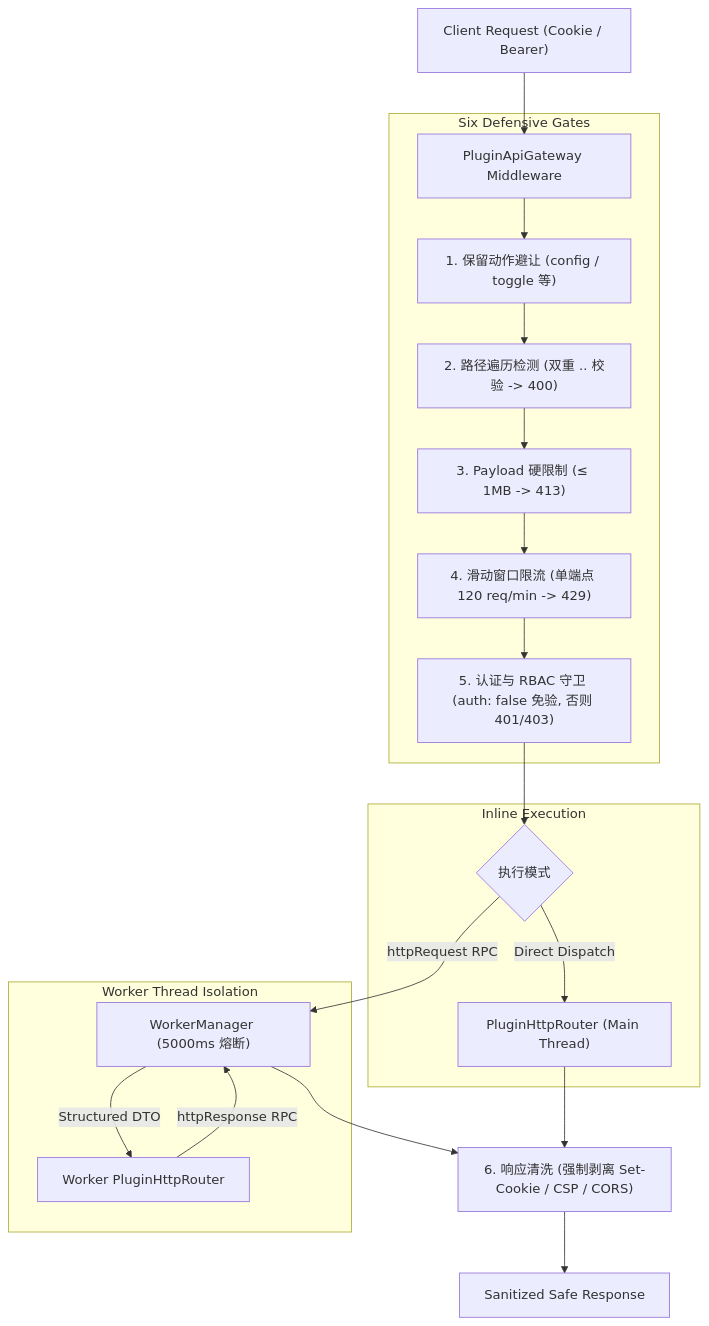
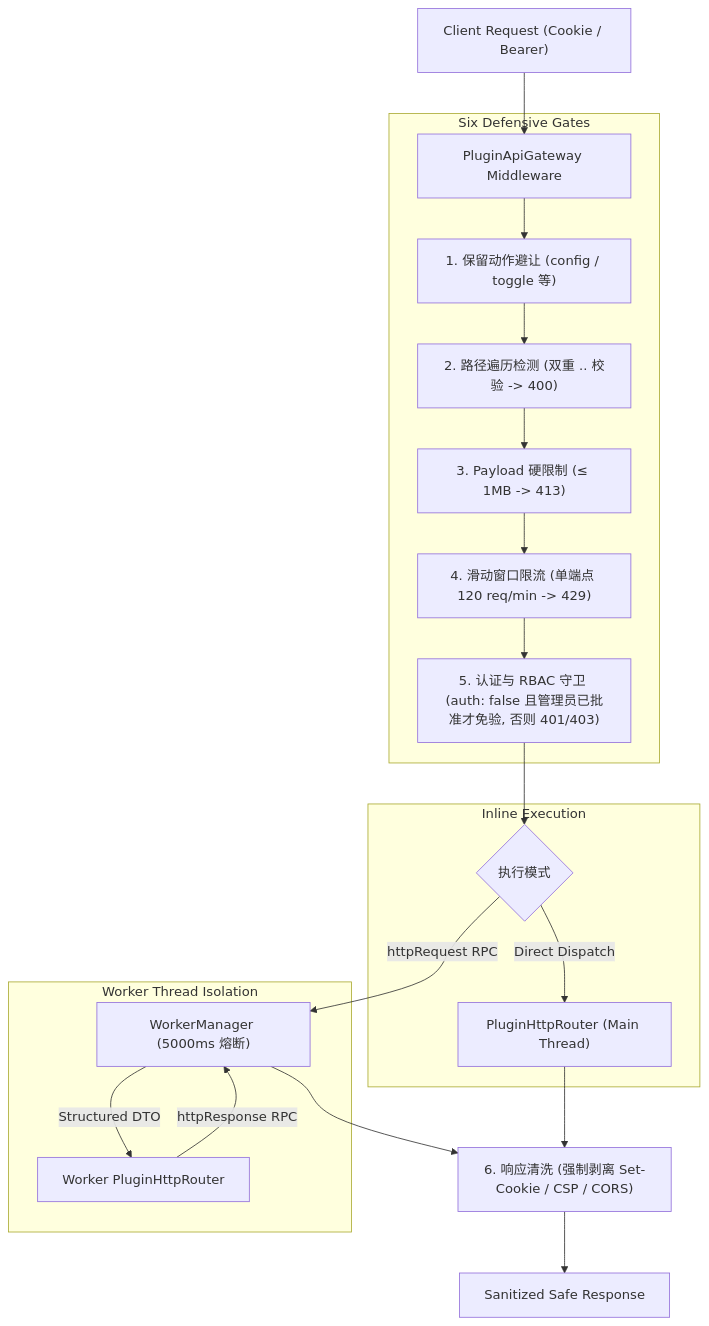
One commit to aymwoo/OpenLearn-Next-V2 changed the third of 3 diagrams in docs/plugin/plugin-architecture.md. Above: the diagram before and after it, drawn with Mermaid. The commit also changed other lines of this file and 45 other files, not shown here.

````diff
--- a/docs/plugin/plugin-architecture.md
+++ b/docs/plugin/plugin-architecture.md
@@ -244,28 +244,28 @@
 ```mermaid
 graph TD
     Client["Client Request (Cookie / Bearer)"] --> Gate["PluginApiGateway Middleware"]
 
     subgraph "Six Defensive Gates"
         Gate --> G1["1. 保留动作避让 (config / toggle 等)"]
         G1 --> G2["2. 路径遍历检测 (双重 .. 校验 -> 400)"]
         G2 --> G3["3. Payload 硬限制 (≤ 1MB -> 413)"]
         G3 --> G4["4. 滑动窗口限流 (单端点 120 req/min -> 429)"]
-        G4 --> G5["5. 认证与 RBAC 守卫 (auth: false 免验, 否则 401/403)"]
+        G4 --> G5["5. 认证与 RBAC 守卫 (auth: false 且管理员已批准才免验, 否则 401/403)"]
     end
 
     G5 --> Dispatch{"执行模式"}
 
     subgraph "Inline Execution"
         Dispatch -->|Direct Dispatch| Router["PluginHttpRouter (Main Thread)"]
     end
 
     subgraph "Worker Thread Isolation"
         Dispatch -->|httpRequest RPC| WorkerBridge["WorkerManager (5000ms 熔断)"]
         WorkerBridge -->|Structured DTO| WorkerRouter["Worker PluginHttpRouter"]
         WorkerRouter -->|httpResponse RPC| WorkerBridge
     end
 
     Router --> G6["6. 响应清洗 (强制剥离 Set-Cookie / CSP / CORS)"]
     WorkerBridge --> G6
     G6 --> Response["Sanitized Safe Response"]
 ```
````
